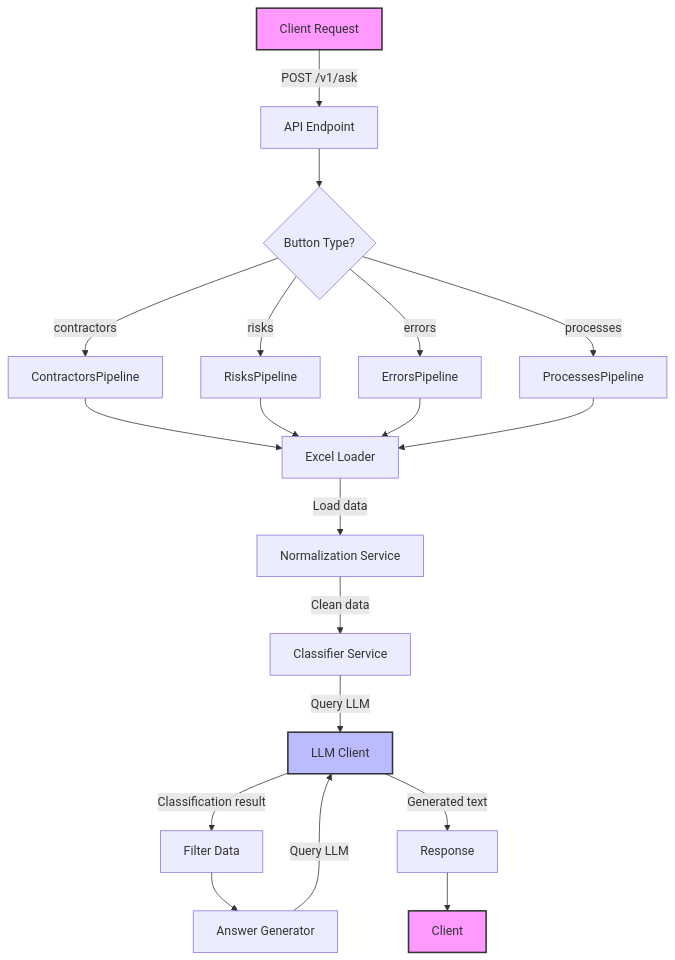
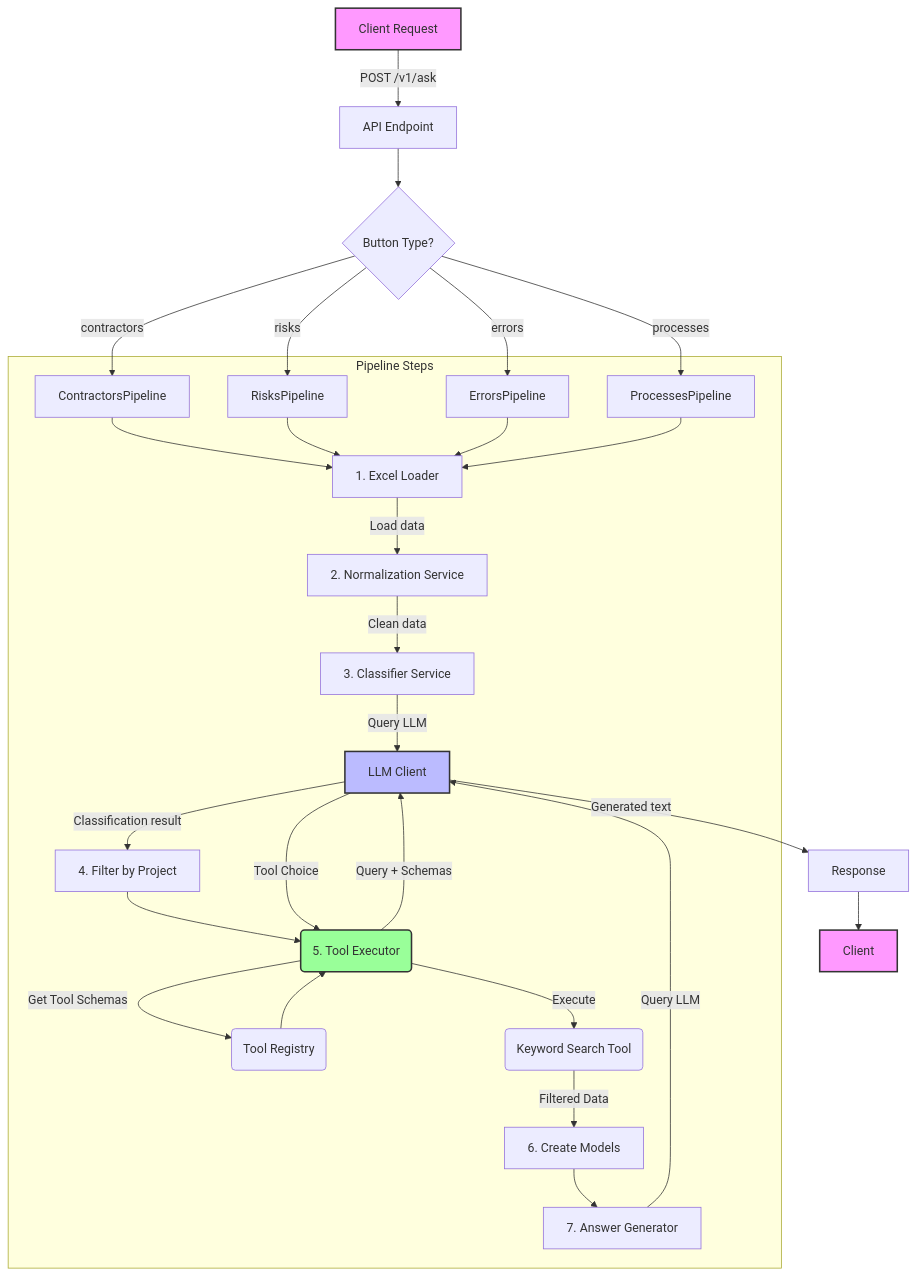
The diagram in flow-diagram.mermaid (Maskedxxx/dup_ai), drawn with Mermaid before and after one commit. The commit also changed 7 other files, not shown here.

```diff
--- a/flow-diagram.mermaid
+++ b/flow-diagram.mermaid
@@ -1,29 +1,39 @@
 graph TD
     A[Client Request] -->|POST /v1/ask| B[API Endpoint]
     B --> C{Button Type?}
     
     C -->|contractors| D1[ContractorsPipeline]
     C -->|risks| D2[RisksPipeline]
     C -->|errors| D3[ErrorsPipeline] 
     C -->|processes| D4[ProcessesPipeline]
     
-    D1 --> E[Excel Loader]
-    D2 --> E
-    D3 --> E
-    D4 --> E
+    subgraph Pipeline Steps
+        D1 --> E[1. Excel Loader]
+        D2 --> E
+        D3 --> E
+        D4 --> E
+        
+        E -->|Load data| F[2. Normalization Service]
+        F -->|Clean data| G[3. Classifier Service]
+        
+        G -->|Query LLM| H[LLM Client]
+        H -->|Classification result| I[4. Filter by Project]
+        
+        I --> J(5. Tool Executor)
+        J -->|Get Tool Schemas| K(Tool Registry)
+        K --> J
+        J -->|Query + Schemas| H
+        H -->|Tool Choice| J
+        J -->|Execute| L(Keyword Search Tool)
+        L -->|Filtered Data| M[6. Create Models]
+        M --> N[7. Answer Generator]
+        N -->|Query LLM| H
+    end
     
-    E -->|Load data| F[Normalization Service]
-    F -->|Clean data| G[Classifier Service]
-    
-    G -->|Query LLM| H[LLM Client]
-    H -->|Classification result| I[Filter Data]
-    
-    I --> J[Answer Generator]
-    J -->|Query LLM| H
-    H -->|Generated text| K[Response]
-    
-    K --> L[Client]
+    H -->|Generated text| O[Response]
+    O --> P[Client]
     
     style A fill:#f9f,stroke:#333,stroke-width:2px
-    style L fill:#f9f,stroke:#333,stroke-width:2px
+    style P fill:#f9f,stroke:#333,stroke-width:2px
     style H fill:#bbf,stroke:#333,stroke-width:2px
+    style J fill:#9f9,stroke:#333,stroke-width:2px
```
